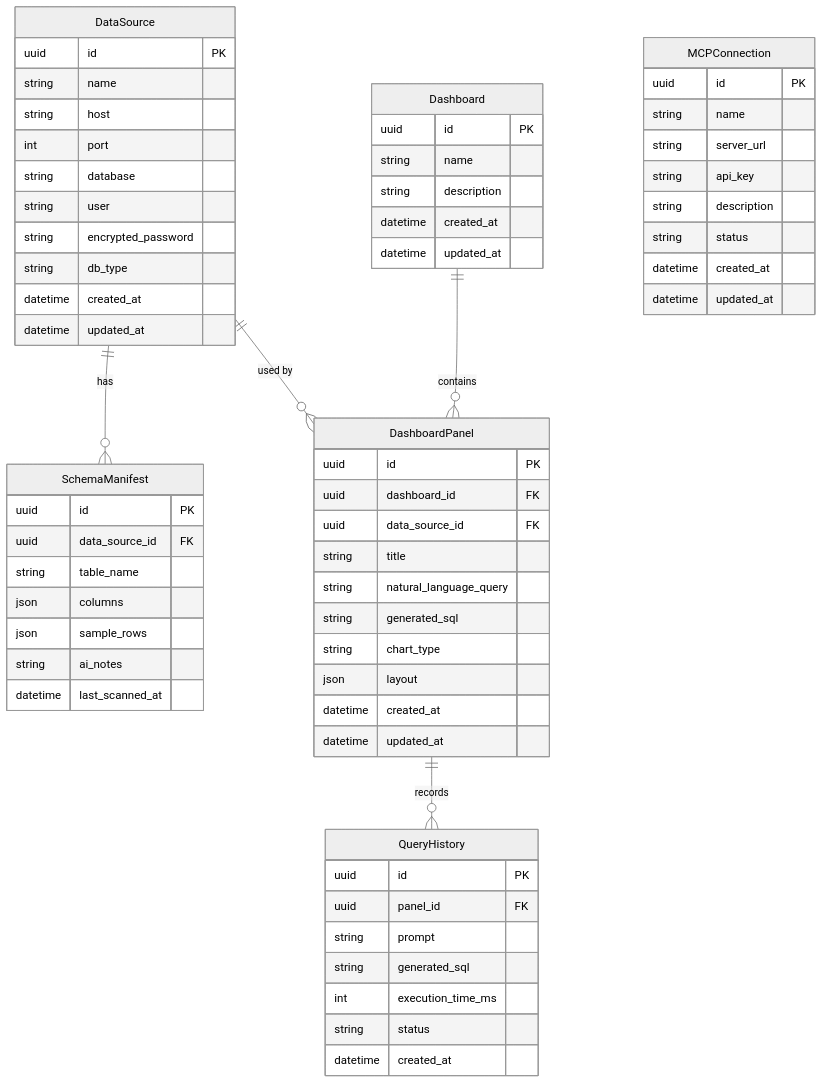
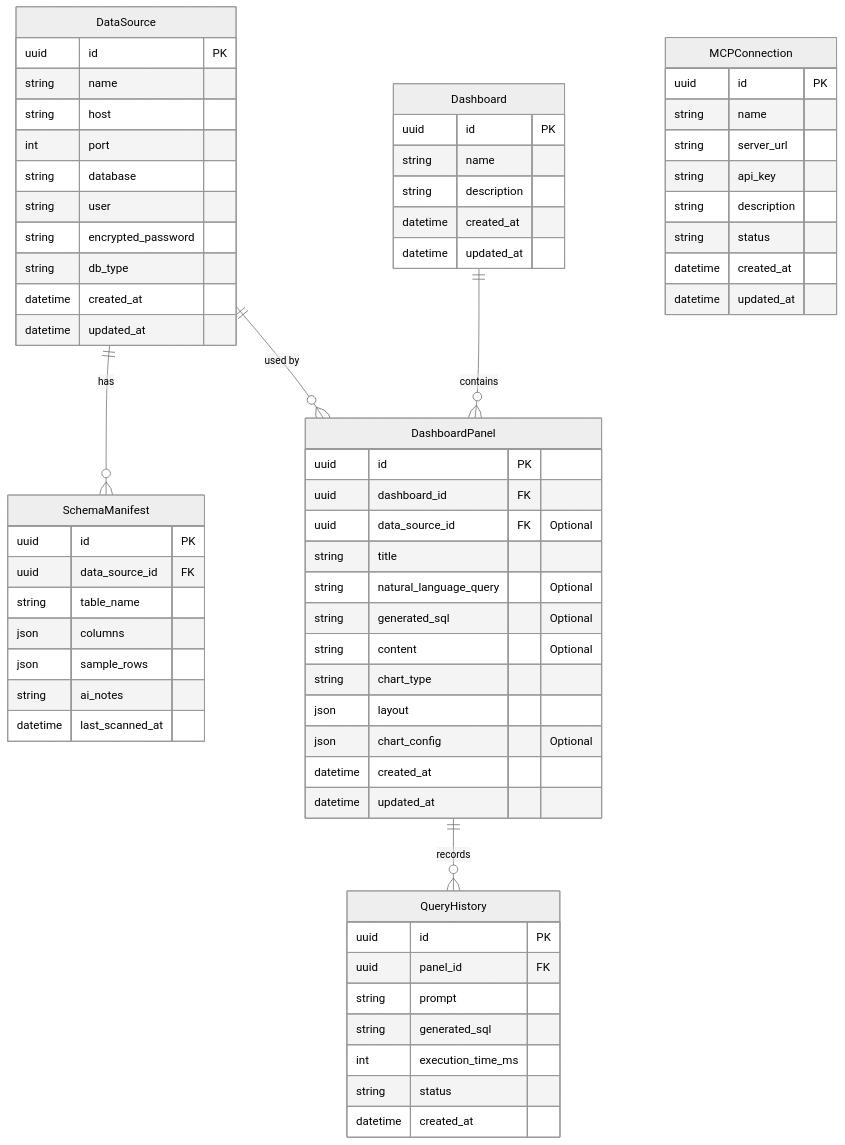
One commit to exs-xgg/dashie changed the diagram in docs/erd.md. Above: the diagram before and after it, drawn with Mermaid (neutral theme). The commit also changed 11 other files, not shown here.

````diff
--- a/docs/erd.md
+++ b/docs/erd.md
@@ -5,72 +5,74 @@
 ```mermaid
 erDiagram
     DataSource ||--o{ SchemaManifest : "has"
     DataSource ||--o{ DashboardPanel : "used by"
     Dashboard ||--o{ DashboardPanel : "contains"
     DashboardPanel ||--o{ QueryHistory : "records"
     
     DataSource {
         uuid id PK
         string name
         string host
         int port
         string database
         string user
         string encrypted_password
         string db_type
         datetime created_at
         datetime updated_at
     }
     
     SchemaManifest {
         uuid id PK
         uuid data_source_id FK
         string table_name
         json columns
         json sample_rows
         string ai_notes
         datetime last_scanned_at
     }
     
     Dashboard {
         uuid id PK
         string name
         string description
         datetime created_at
         datetime updated_at
     }
     
     DashboardPanel {
         uuid id PK
         uuid dashboard_id FK
-        uuid data_source_id FK
+        uuid data_source_id FK "Optional"
         string title
-        string natural_language_query
-        string generated_sql
+        string natural_language_query "Optional"
+        string generated_sql "Optional"
+        string content "Optional"
         string chart_type
         json layout
+        json chart_config "Optional"
         datetime created_at
         datetime updated_at
     }
     
     QueryHistory {
         uuid id PK
         uuid panel_id FK
         string prompt
         string generated_sql
         int execution_time_ms
         string status
         datetime created_at
     }
     
     MCPConnection {
         uuid id PK
         string name
         string server_url
         string api_key
         string description
         string status
         datetime created_at
         datetime updated_at
     }
 ```
````
